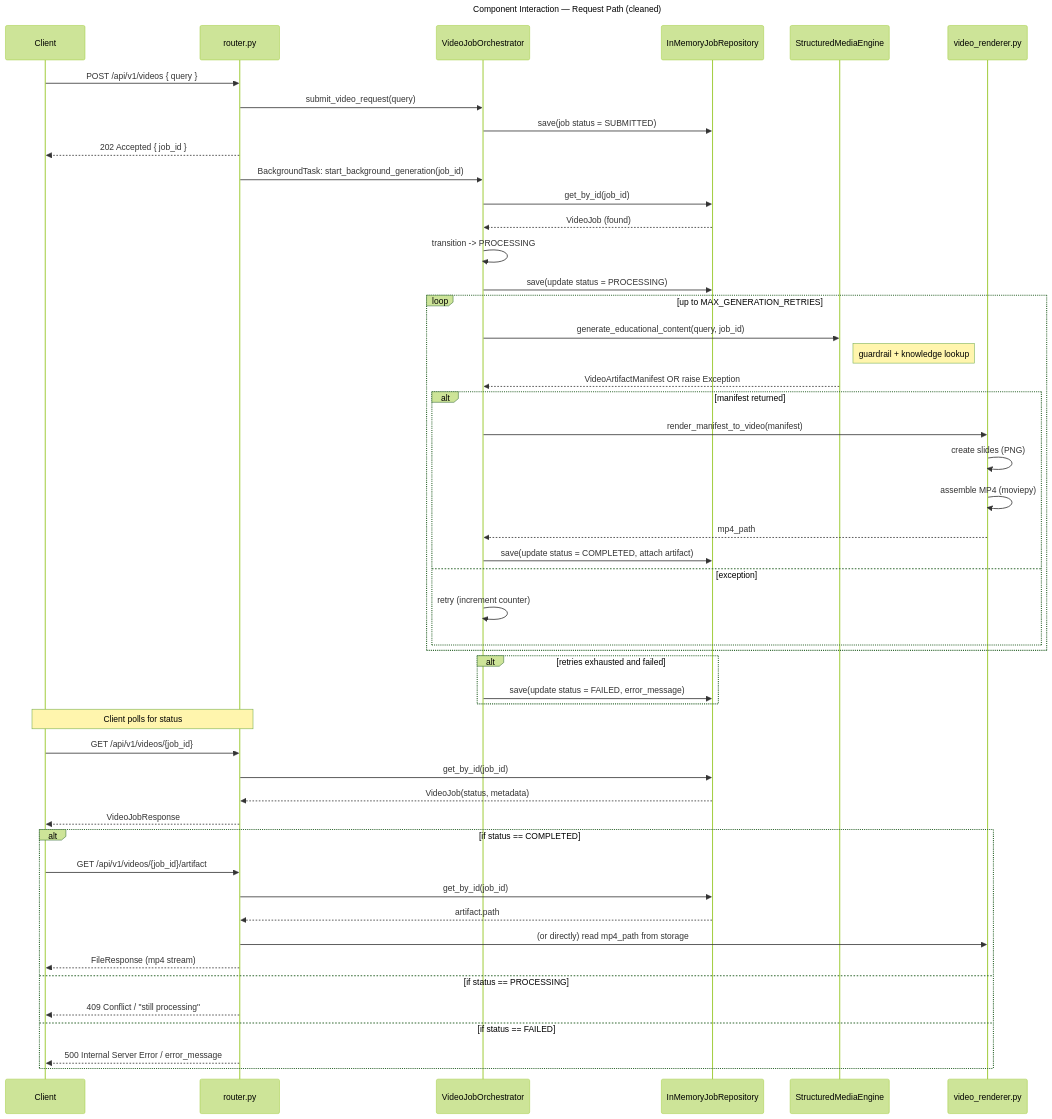
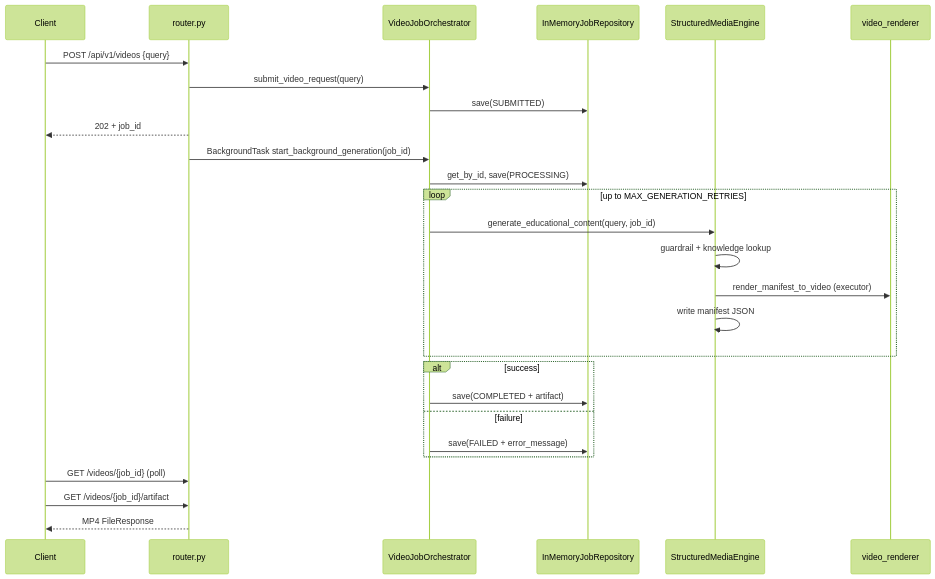
Before and after one commit to quanghuy6932/-Coding-Challenge-Growtrics: the diagram in diagrams/component_interaction_fixed.mmd, drawn with Mermaid (forest theme). The commit also changed 20 other files, not shown here.

Commit message:
png img for diagram

```diff
--- a/diagrams/component_interaction_fixed.mmd
+++ b/diagrams/component_interaction_fixed.mmd
@@ -1,56 +1,30 @@
 sequenceDiagram
-  title Component Interaction — Request Path (cleaned)
-  participant Client
-  participant Router as router.py
-  participant Orch as VideoJobOrchestrator
-  participant Repo as InMemoryJobRepository
-  participant Engine as StructuredMediaEngine
-  participant Renderer as video_renderer.py
+    participant C as Client
+    participant API as router.py
+    participant O as VideoJobOrchestrator
+    participant R as InMemoryJobRepository
+    participant E as StructuredMediaEngine
+    participant V as video_renderer
 
-  Client->>Router: POST /api/v1/videos { query }
-  Router->>Orch: submit_video_request(query)
-  Orch->>Repo: save(job status = SUBMITTED)
-  Router-->>Client: 202 Accepted { job_id }
-  Router->>Orch: BackgroundTask: start_background_generation(job_id)
+    C->>API: POST /api/v1/videos {query}
+    API->>O: submit_video_request(query)
+    O->>R: save(SUBMITTED)
+    API-->>C: 202 + job_id
+    API->>O: BackgroundTask start_background_generation(job_id)
 
-  Orch->>Repo: get_by_id(job_id)
-  Repo-->>Orch: VideoJob (found)
-  Orch->>Orch: transition -> PROCESSING
-  Orch->>Repo: save(update status = PROCESSING)
+    O->>R: get_by_id, save(PROCESSING)
+    loop up to MAX_GENERATION_RETRIES
+        O->>E: generate_educational_content(query, job_id)
+        E->>E: guardrail + knowledge lookup
+        E->>V: render_manifest_to_video (executor)
+        E->>E: write manifest JSON
+    end
+    alt success
+        O->>R: save(COMPLETED + artifact)
+    else failure
+        O->>R: save(FAILED + error_message)
+    end
 
-  loop up to MAX_GENERATION_RETRIES
-    Orch->>Engine: generate_educational_content(query, job_id)
-    Note right of Engine: guardrail + knowledge lookup
-    Engine-->>Orch: VideoArtifactManifest OR raise Exception
-    alt manifest returned
-      Orch->>Renderer: render_manifest_to_video(manifest)
-      Renderer->>Renderer: create slides (PNG)
-      Renderer->>Renderer: assemble MP4 (moviepy)
-      Renderer-->>Orch: mp4_path
-      Orch->>Repo: save(update status = COMPLETED, attach artifact)
-    else exception
-      Orch->>Orch: retry (increment counter)
-    end
-  end
-
-  alt retries exhausted and failed
-    Orch->>Repo: save(update status = FAILED, error_message)
-  end
-
-  Note over Client,Router: Client polls for status
-  Client->>Router: GET /api/v1/videos/{job_id}
-  Router->>Repo: get_by_id(job_id)
-  Repo-->>Router: VideoJob(status, metadata)
-  Router-->>Client: VideoJobResponse
-
-  alt if status == COMPLETED
-    Client->>Router: GET /api/v1/videos/{job_id}/artifact
-    Router->>Repo: get_by_id(job_id)
-    Repo-->>Router: artifact.path
-    Router->>Renderer: (or directly) read mp4_path from storage
-    Router-->>Client: FileResponse (mp4 stream)
-  else if status == PROCESSING
-    Router-->>Client: 409 Conflict / "still processing"
-  else if status == FAILED
-    Router-->>Client: 500 Internal Server Error / error_message
-  end
+    C->>API: GET /videos/{job_id} (poll)
+    C->>API: GET /videos/{job_id}/artifact
+    API-->>C: MP4 FileResponse
```
